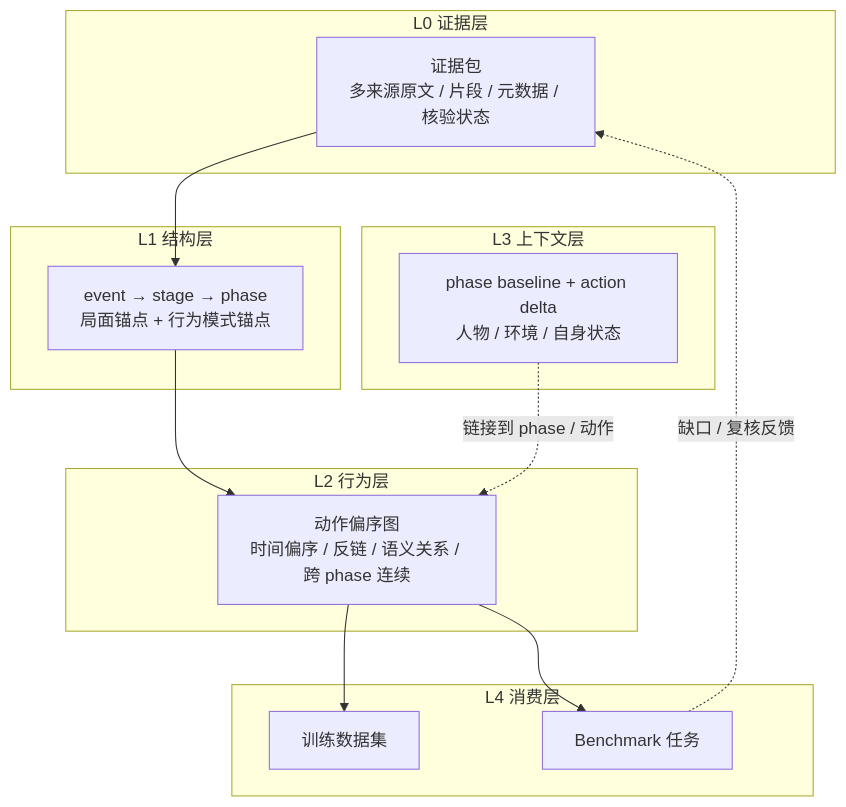
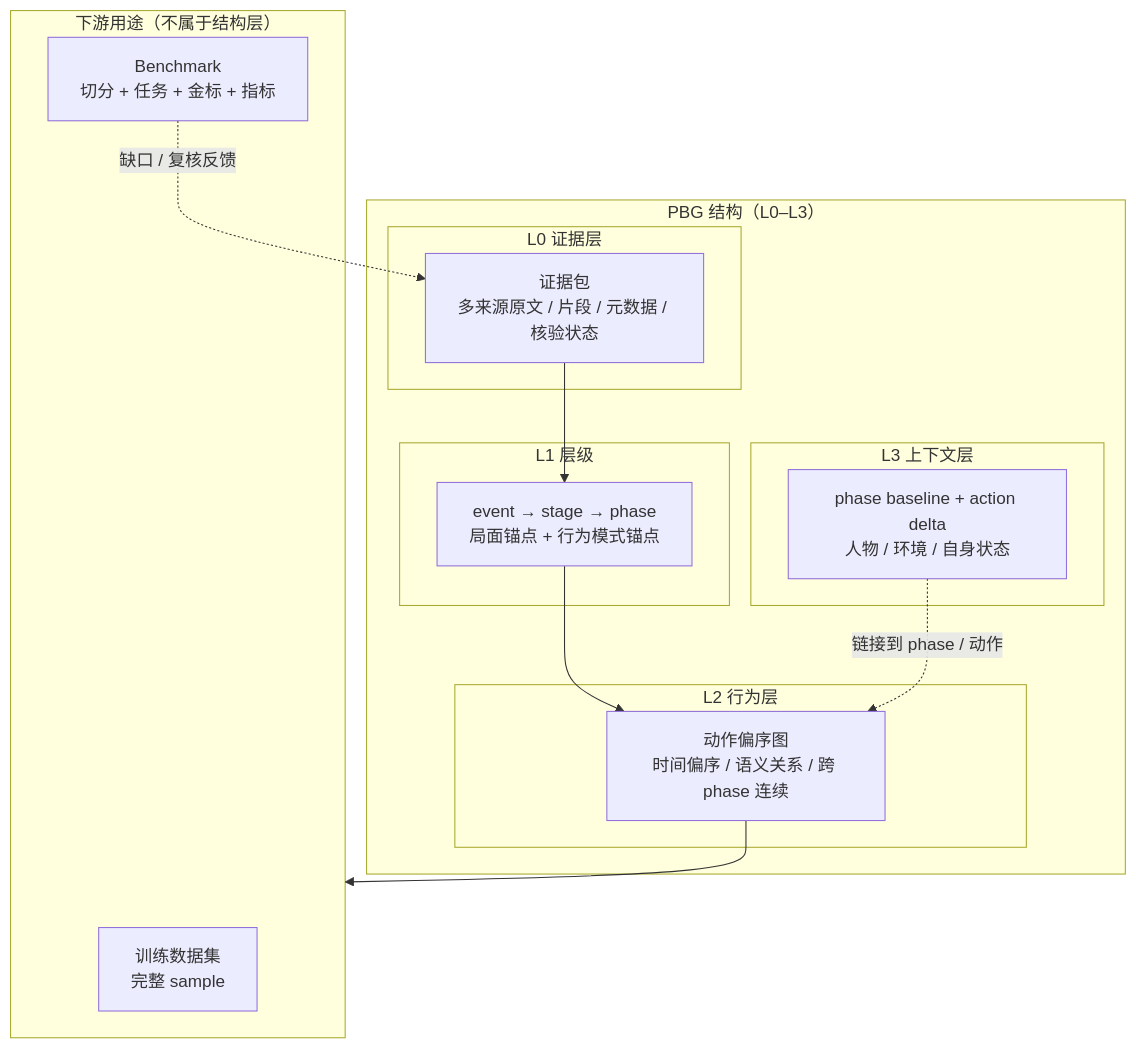
One commit to AgenticFinLab/FinMycelium changed the diagram in docs/structures/0-overview.md. Above: the diagram before and after it, drawn with Mermaid. The commit also changed other lines of this file and 2 other files, not shown here.

Commit message:
docs: clarify training data and benchmark as downstream uses
- Separate PBG structure (L0-L3) from downstream use (L4) in overview diagram
- Add dataset/benchmark/consumer definitions
- Explain benchmark as split + protocol over the same samples, not another structure
- Update purpose document and glossary

````diff
--- a/docs/structures/0-overview.md
+++ b/docs/structures/0-overview.md
@@ -62,24 +65,25 @@
 ```mermaid
 flowchart TB
-    subgraph L0["L0 证据层"]
-        EP["证据包<br/>多来源原文 / 片段 / 元数据 / 核验状态"]
+    subgraph STRUCT["PBG 结构（L0–L3）"]
+        subgraph L0["L0 证据层"]
+            EP["证据包<br/>多来源原文 / 片段 / 元数据 / 核验状态"]
+        end
+        subgraph L1["L1 层级"]
+            H["event → stage → phase<br/>局面锚点 + 行为模式锚点"]
+        end
+        subgraph L2["L2 行为层"]
+            G["动作偏序图<br/>时间偏序 / 语义关系 / 跨 phase 连续"]
+        end
+        subgraph L3["L3 上下文层"]
+            C["phase baseline + action delta<br/>人物 / 环境 / 自身状态"]
+        end
+        EP --> H --> G
+        C -.->|链接到 phase / 动作| G
     end
-    subgraph L1["L1 结构层"]
-        H["event → stage → phase<br/>局面锚点 + 行为模式锚点"]
+    subgraph USE["下游用途（不属于结构层）"]
+        DS["训练数据集<br/>完整 sample"]
+        BM["Benchmark<br/>切分 + 任务 + 金标 + 指标"]
     end
-    subgraph L2["L2 行为层"]
-        G["动作偏序图<br/>时间偏序 / 反链 / 语义关系 / 跨 phase 连续"]
-    end
-    subgraph L3["L3 上下文层"]
-        C["phase baseline + action delta<br/>人物 / 环境 / 自身状态"]
-    end
-    subgraph L4["L4 消费层"]
-        DS["训练数据集"]
-        BM["Benchmark 任务"]
-    end
-    EP --> H --> G
-    C -.->|链接到 phase / 动作| G
-    G --> DS
-    G --> BM
+    G --> USE
     BM -.->|缺口 / 复核反馈| EP
 ```
````
